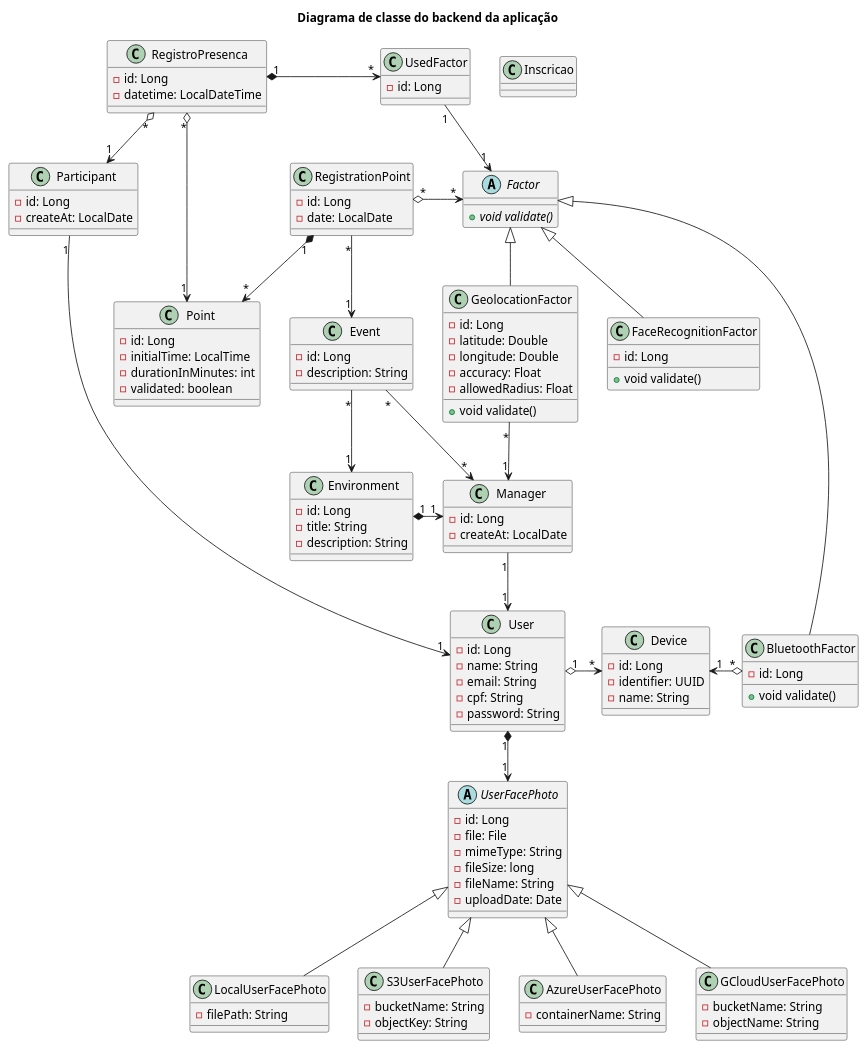
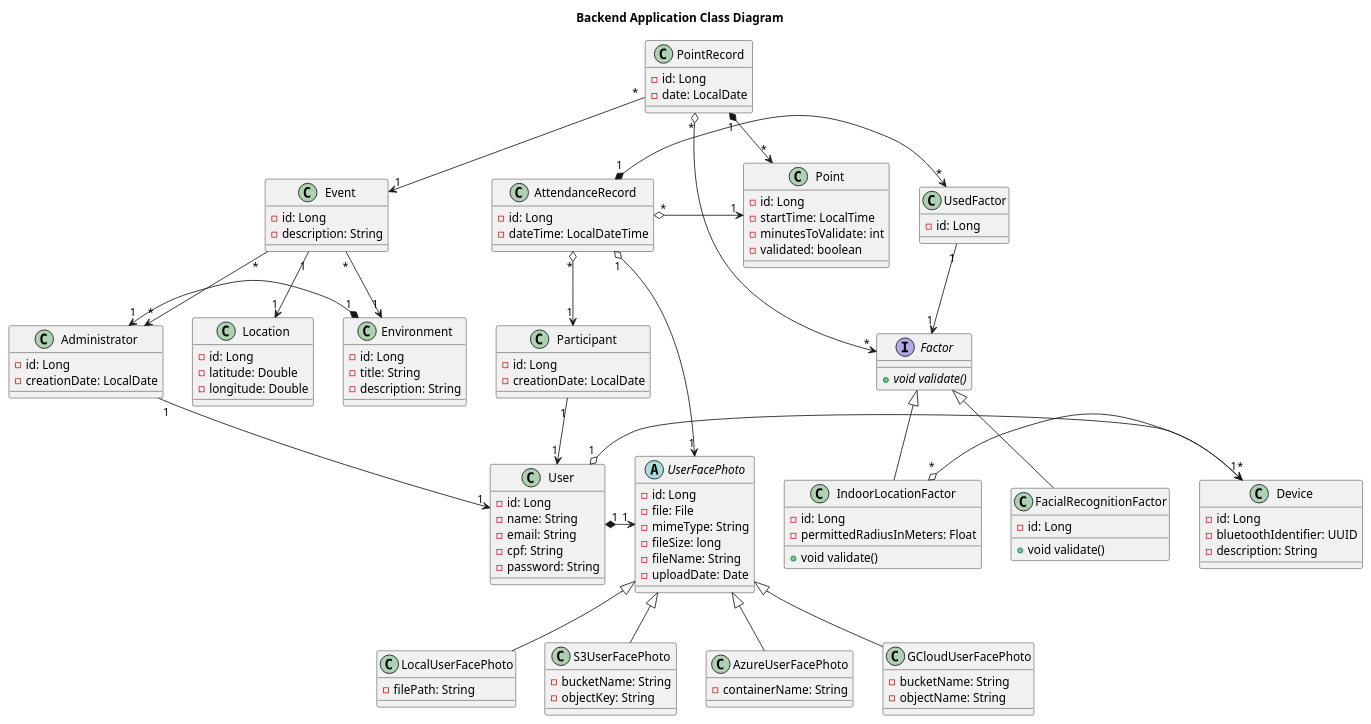
One commit to luan-coelho/faceverify changed the diagram in backend/diagram-class.plantuml. Above: the diagram before and after it, drawn with PlantUML. The commit also changed 28 other files, not shown here.

```diff
--- a/backend/diagram-class.plantuml
+++ b/backend/diagram-class.plantuml
@@ -1,144 +1,141 @@
 @startuml
-title Diagrama de classe do backend da aplicação
+title Backend Application Class Diagram
 
 class User {
     - id: Long
     - name: String
     - email: String
     - cpf: String
     - password: String
 }
 
-class Manager {
+class Administrator {
     - id: Long
-    - createAt: LocalDate
+    - creationDate: LocalDate
 }
 
 class Participant {
     - id: Long
-    - createAt: LocalDate
+    - creationDate: LocalDate
 }
 
 class Device {
     - id: Long
-    - identifier: UUID
-    - name: String
+    - bluetoothIdentifier: UUID
+    - description: String
 }
 
 abstract class UserFacePhoto {
     - id: Long
     - file: File
     - mimeType: String
     - fileSize: long
     - fileName: String
     - uploadDate: Date
 }
 
 class UsedFactor {
      - id: Long
 }
-
-class Inscricao
 
 class LocalUserFacePhoto {
     - filePath: String
 }
 
 class S3UserFacePhoto {
     - bucketName: String
     - objectKey: String
 }
 
 class AzureUserFacePhoto {
     - containerName: String
 }
 
 class GCloudUserFacePhoto {
     - bucketName: String
     - objectName: String
 }
 
 class Environment {
     - id: Long
     - title: String
     - description: String
 }
 
 class Event {
     - id: Long
     - description: String
 }
 
-class RegistrationPoint {
+class Location {
+    - id: Long
+    - latitude: Double
+    - longitude: Double
+}
+
+
+class PointRecord {
     - id: Long
     - date: LocalDate
 }
 
 class Point {
     - id: Long
-    - initialTime: LocalTime
-    - durationInMinutes: int
+    - startTime: LocalTime
+    - minutesToValidate: int
     - validated: boolean
 }
 
-class RegistroPresenca {
+class AttendanceRecord {
     - id: Long
-    - datetime: LocalDateTime
+    - dateTime: LocalDateTime
 }
 
-abstract class Factor {
+interface Factor {
     + void {abstract} validate()
 }
 
-class FaceRecognitionFactor {
+class FacialRecognitionFactor {
     - id: Long
     + void validate()
 }
 
-class GeolocationFactor {
+class IndoorLocationFactor {
     - id: Long
-    - latitude: Double
-    - longitude: Double
-    - accuracy: Float
-    - allowedRadius: Float
+    - permittedRadiusInMeters: Float
     + void validate()
 }
 
-class BluetoothFactor {
-    - id: Long
-    + void validate()
-}
+PointRecord "*" --> "1" Event
+Event "*" --> "1" Environment
+Environment "1" *-> "1" Administrator
+Event "*" --> "*" Administrator
+Event "1" --> "1" Location
 
-RegistrationPoint "*" --> "1" Event
-Event "*" --> "1" Environment
-Environment "1" *-> "1" Manager
-Event "*" --> "*" Manager
+PointRecord "1" *-> "*" Point
+PointRecord "*" o-> "*" Factor
 
-RegistrationPoint "1" *-down-> "*" Point
-RegistrationPoint "*" o-> "*" Factor
+AttendanceRecord "*" o-> "1" Participant
+AttendanceRecord "*" o-> "1" Point
+AttendanceRecord "1" o-> "1" UserFacePhoto
 
-RegistroPresenca "*" o-> "1" Participant
-RegistroPresenca "*" o-> "1" Point
+Factor <|-- FacialRecognitionFactor
+Factor <|-- IndoorLocationFactor
 
-Factor <|-- FaceRecognitionFactor
-Factor <|-- GeolocationFactor
-Factor <|-- BluetoothFactor
-
-GeolocationFactor "*" --> "1" Manager
-BluetoothFactor "*" o-left-> "1" Device
+IndoorLocationFactor "*" o-> "1" Device
 
 User "1" o-> "*" Device
-User "1" *-down-> "1" UserFacePhoto
+User "1" *-> "1" UserFacePhoto
 
-RegistroPresenca "1" *-> "*" UsedFactor
+AttendanceRecord "1" *-> "*" UsedFactor
 UsedFactor "1" --> "1" Factor
 
-Manager "1" --> "1" User
+Administrator "1" --> "1" User
 Participant "1" --> "1" User
 
 UserFacePhoto <|-- LocalUserFacePhoto
 UserFacePhoto <|-- S3UserFacePhoto
 UserFacePhoto <|-- AzureUserFacePhoto
 UserFacePhoto <|-- GCloudUserFacePhoto
 
 @enduml
```
